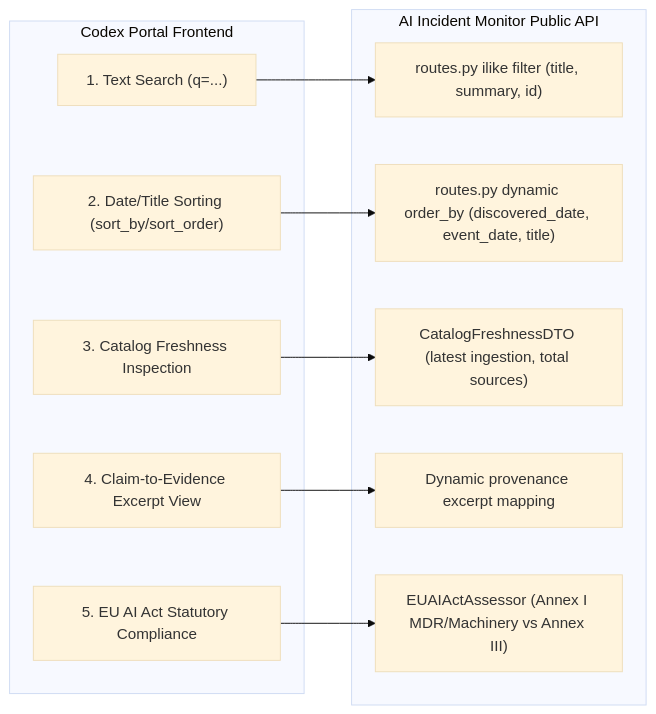
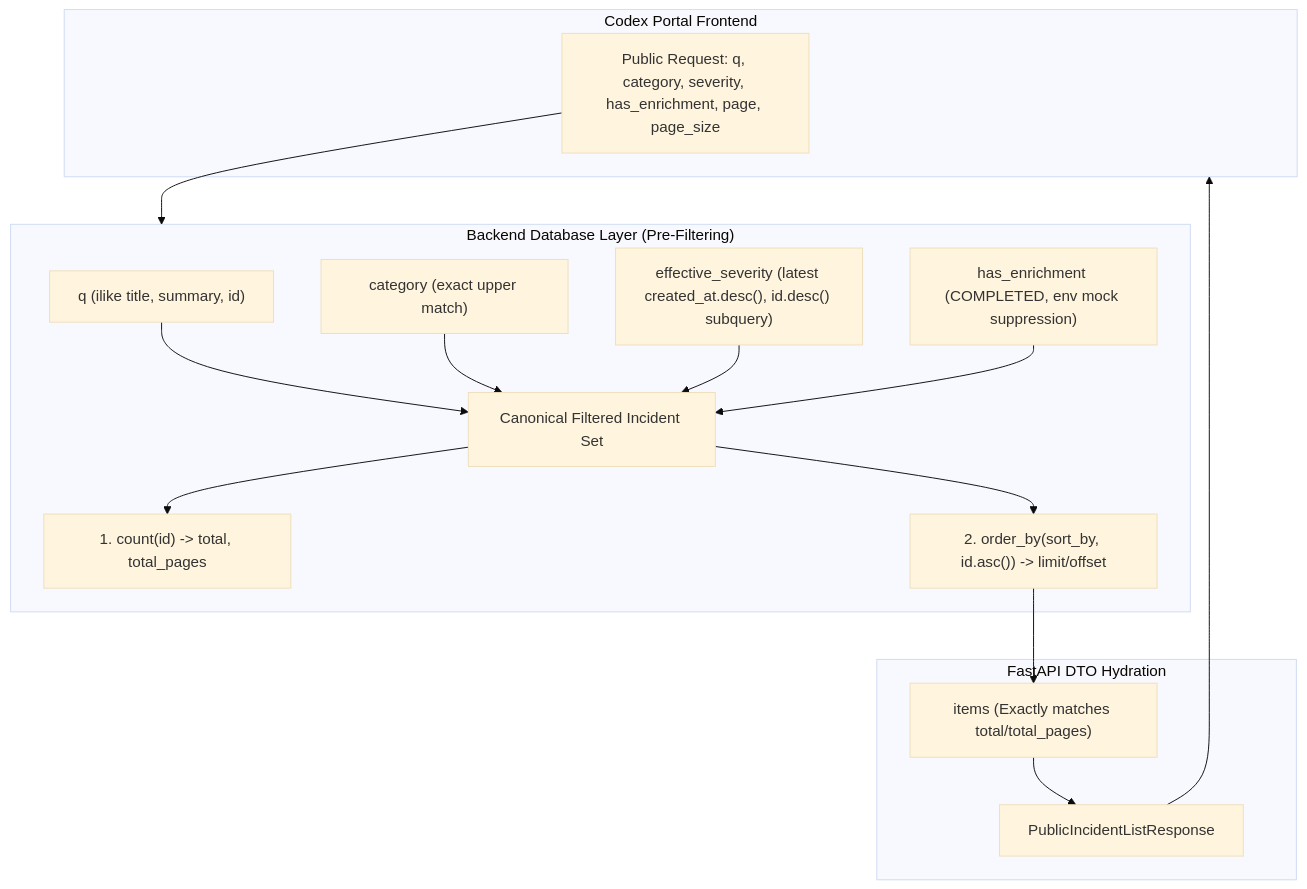
The second of 3 diagrams in codex_portal_integration_handoff.md (EbeDenver/AIG-AI-Incident-Monitor), drawn with Mermaid (base theme) before and after one commit. The commit also changed other lines of this file and 2 other files, not shown here.

Commit message:
fix(public-api): enforce deterministic severity tie-breaker in detail route and reconcile handoff

````diff
--- a/codex_portal_integration_handoff.md
+++ b/codex_portal_integration_handoff.md
@@ -109,18 +111,25 @@
 ```mermaid
-flowchart LR
+flowchart TD
     subgraph Client["Codex Portal Frontend"]
-        Search["1. Text Search (q=...)"]
-        Sort["2. Date/Title Sorting (sort_by/sort_order)"]
-        Fresh["3. Catalog Freshness Inspection"]
-        Excerpts["4. Claim-to-Evidence Excerpt View"]
-        EU["5. EU AI Act Statutory Compliance"]
+        Req["Public Request: q, category, severity, has_enrichment, page, page_size"]
     end
 
-    subgraph Backend["AI Incident Monitor Public API"]
-        Search --> QEngine["routes.py ilike filter (title, summary, id)"]
-        Sort --> SOrder["routes.py dynamic order_by (discovered_date, event_date, title)"]
-        Fresh --> FEngine["CatalogFreshnessDTO (latest ingestion, total sources)"]
-        Excerpts --> ProvMap["Dynamic provenance excerpt mapping"]
-        EU --> EUEngine["EUAIActAssessor (Annex I MDR/Machinery vs Annex III)"]
+    subgraph SQL["Backend Database Layer (Pre-Filtering)"]
+        F1["q (ilike title, summary, id)"]
+        F2["category (exact upper match)"]
+        F3["effective_severity (latest created_at.desc(), id.desc() subquery)"]
+        F4["has_enrichment (COMPLETED, env mock suppression)"]
+        
+        F1 & F2 & F3 & F4 --> FilteredSet["Canonical Filtered Incident Set"]
+        FilteredSet --> CountSQL["1. count(id) -> total, total_pages"]
+        FilteredSet --> SortSQL["2. order_by(sort_by, id.asc()) -> limit/offset"]
     end
+
+    subgraph Serialization["FastAPI DTO Hydration"]
+        SortSQL --> Items["items (Exactly matches total/total_pages)"]
+        Items --> DTO["PublicIncidentListResponse"]
+    end
+
+    Req --> SQL
+    DTO --> Client
 ```
````
